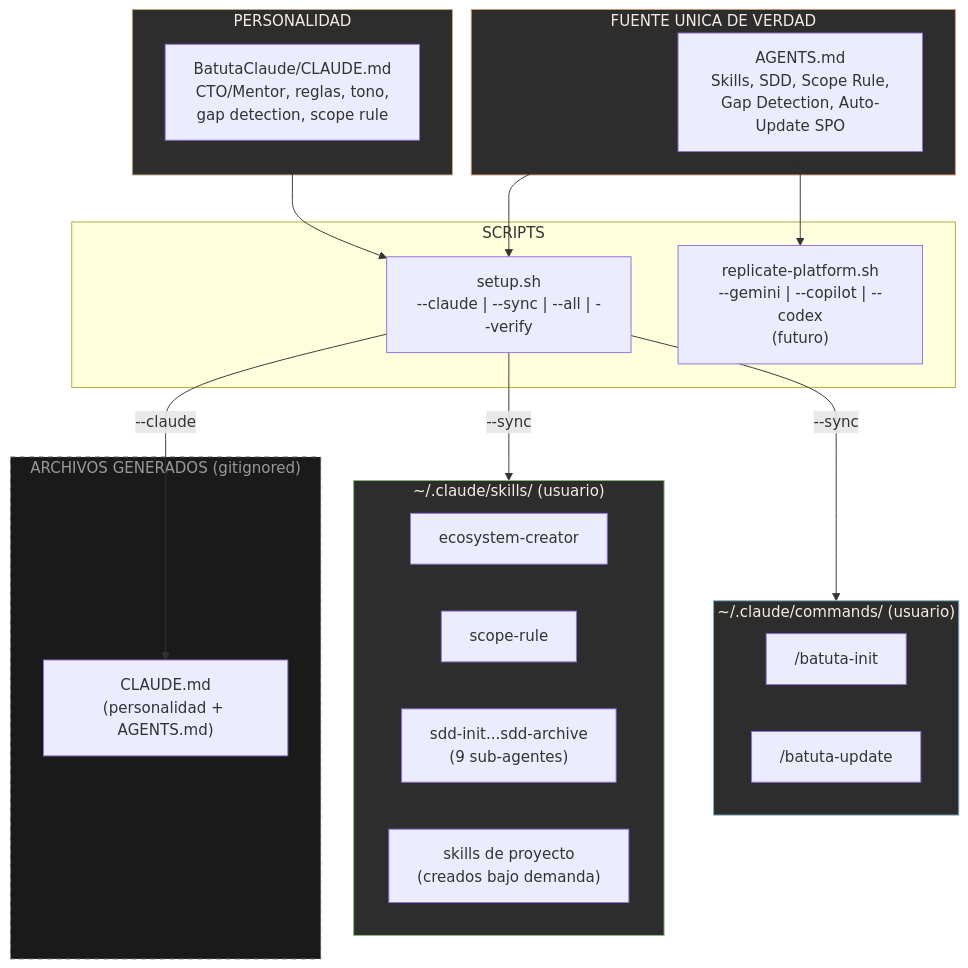
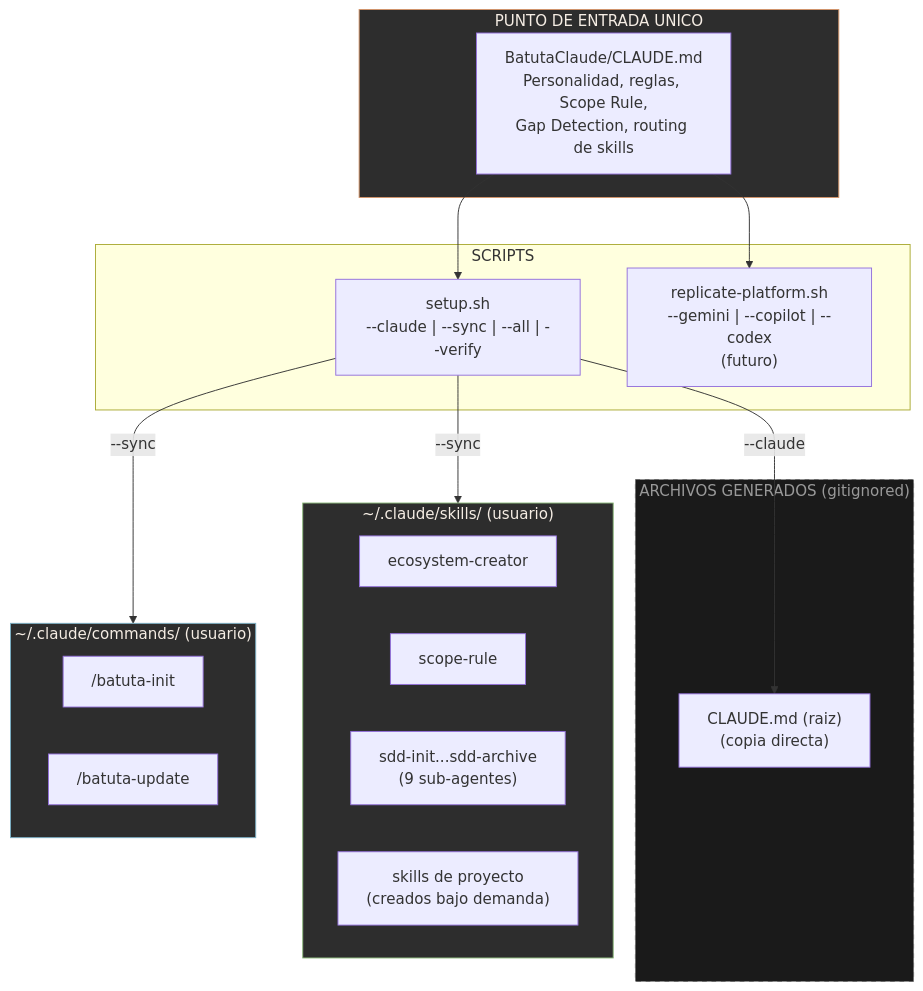
The first of 8 diagrams in guides/arquitectura-diagrama.md (jota-batuta/batuta-dots), drawn with Mermaid before and after one commit. The commit also changed other lines of this file and 14 other files, not shown here.

First line of the commit message:
refactor: eliminate AGENTS.md, make CLAUDE.md the single entry point (v3)

````diff
--- a/guides/arquitectura-diagrama.md
+++ b/guides/arquitectura-diagrama.md
@@ -5,44 +5,38 @@
 ```mermaid
 flowchart TB
-    subgraph FUENTE["FUENTE UNICA DE VERDAD"]
-        AGENTS["AGENTS.md<br/>Skills, SDD, Scope Rule,<br/>Gap Detection, Auto-Update SPO"]
-    end
-
-    subgraph PERSONALIDAD["PERSONALIDAD"]
-        CLAUDE_SRC["BatutaClaude/CLAUDE.md<br/>CTO/Mentor, reglas, tono,<br/>gap detection, scope rule"]
+    subgraph FUENTE["PUNTO DE ENTRADA UNICO"]
+        CLAUDE_SRC["BatutaClaude/CLAUDE.md<br/>Personalidad, reglas, Scope Rule,<br/>Gap Detection, routing de skills"]
     end
 
     subgraph SETUP["SCRIPTS"]
         SETUP_SH["setup.sh<br/>--claude | --sync | --all | --verify"]
         REPLICATE["replicate-platform.sh<br/>--gemini | --copilot | --codex<br/>(futuro)"]
     end
 
     subgraph GENERADO["ARCHIVOS GENERADOS (gitignored)"]
-        CLAUDE_GEN["CLAUDE.md<br/>(personalidad + AGENTS.md)"]
+        CLAUDE_GEN["CLAUDE.md (raiz)<br/>(copia directa)"]
     end
 
     subgraph SKILLS_LOCAL["~/.claude/skills/ (usuario)"]
         SK_ECO["ecosystem-creator"]
         SK_SCOPE["scope-rule"]
         SK_SDD["sdd-init...sdd-archive<br/>(9 sub-agentes)"]
         SK_PROJECT["skills de proyecto<br/>(creados bajo demanda)"]
     end
 
     subgraph COMMANDS_LOCAL["~/.claude/commands/ (usuario)"]
         CMD_INIT["/batuta-init"]
         CMD_UPDATE["/batuta-update"]
     end
 
-    AGENTS --> SETUP_SH
     CLAUDE_SRC --> SETUP_SH
     SETUP_SH -->|"--claude"| CLAUDE_GEN
     SETUP_SH -->|"--sync"| SKILLS_LOCAL
     SETUP_SH -->|"--sync"| COMMANDS_LOCAL
-    AGENTS --> REPLICATE
+    CLAUDE_SRC --> REPLICATE
 
     style FUENTE fill:#2d2d2d,stroke:#D4956A,color:#F5EDE4
-    style PERSONALIDAD fill:#2d2d2d,stroke:#C4A882,color:#F5EDE4
     style GENERADO fill:#1a1a1a,stroke:#666,color:#999,stroke-dasharray: 5 5
     style SKILLS_LOCAL fill:#2d2d2d,stroke:#8BB87A,color:#F5EDE4
     style COMMANDS_LOCAL fill:#2d2d2d,stroke:#7AAFC4,color:#F5EDE4
 ```
````
